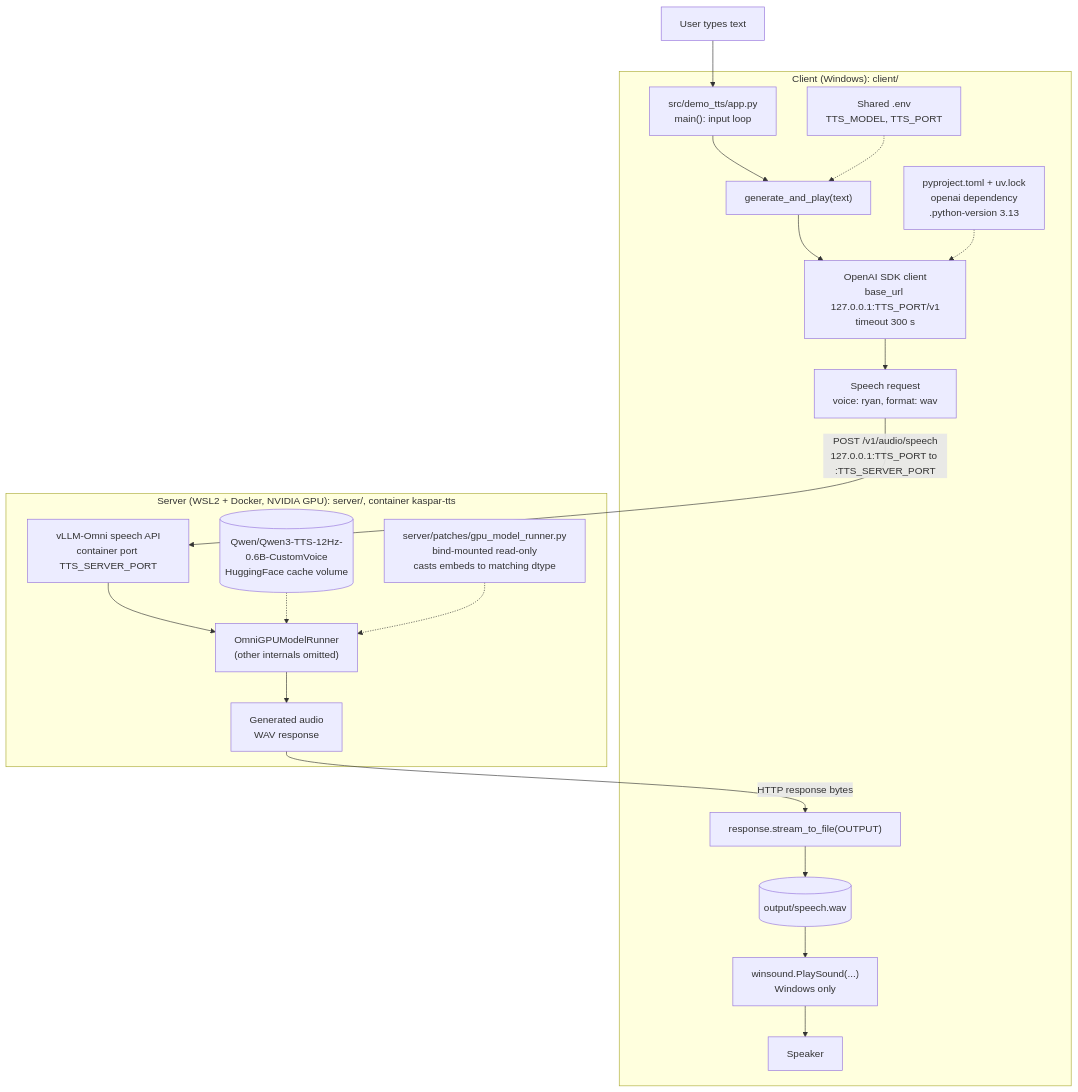
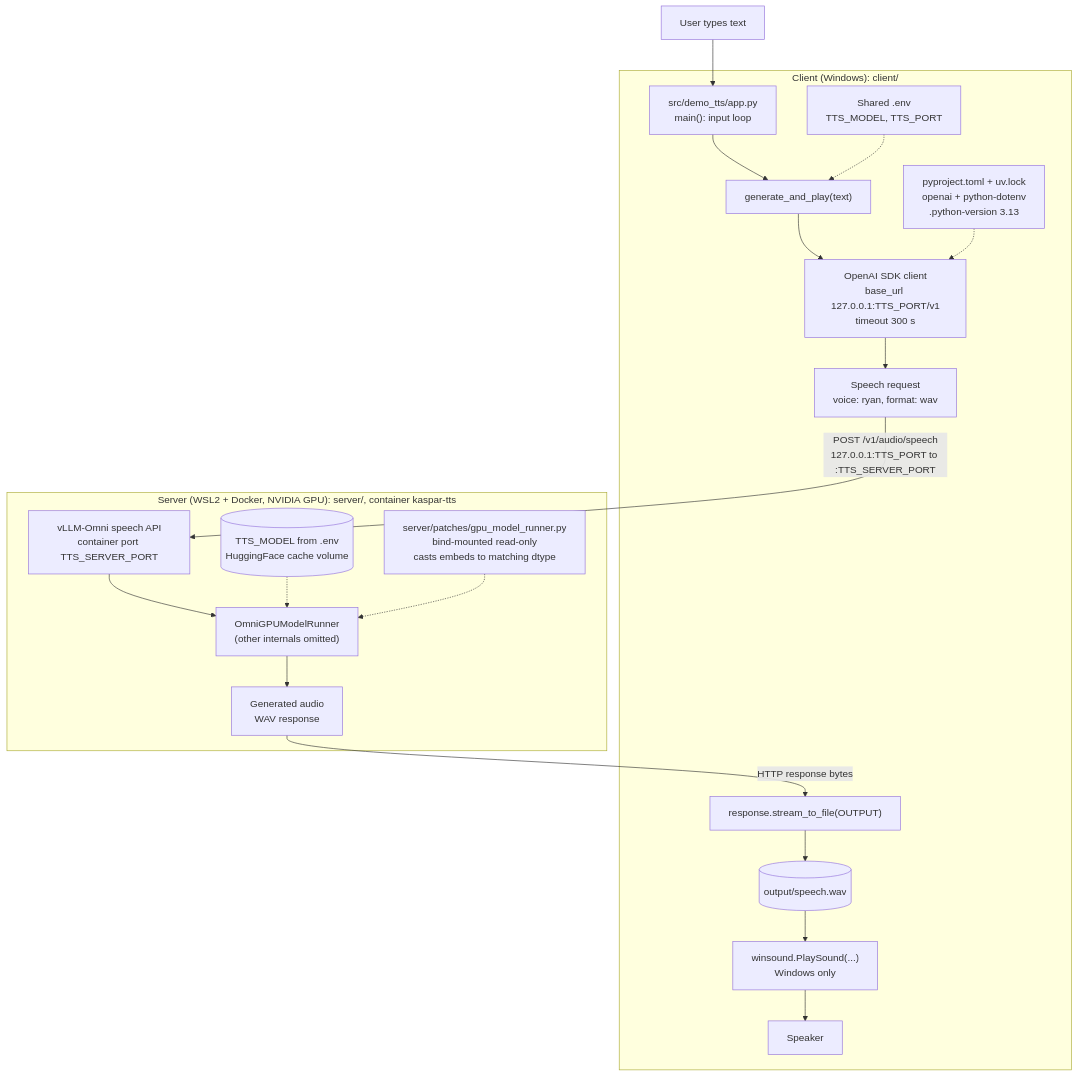
Before and after one commit to ImanSoratiAshtiani-Edu/TextToSpeech: the diagram in iman-vllm-omni/README.md, drawn with Mermaid. The commit also changed other lines of this file and 2 other files, not shown here.

Commit message:
docs(tts): clarify shared configuration and server startup instructions

````diff
--- a/iman-vllm-omni/README.md
+++ b/iman-vllm-omni/README.md
@@ -18,40 +18,40 @@
 ```mermaid
 flowchart TB
     USER["User types text"]
 
     subgraph CLIENT["Client (Windows): client/"]
         MAIN["src/demo_tts/app.py<br/>main(): input loop"]
         GEN["generate_and_play(text)"]
         SDK["OpenAI SDK client<br/>base_url 127.0.0.1:TTS_PORT/v1<br/>timeout 300 s"]
         REQ["Speech request<br/>voice: ryan, format: wav"]
         SAVE["response.stream_to_file(OUTPUT)"]
         WAV[("output/speech.wav")]
         PLAY["winsound.PlaySound(...)<br/>Windows only"]
         SPEAKER["Speaker"]
 
         CONFIG["Shared .env<br/>TTS_MODEL, TTS_PORT"]
-        DEPS["pyproject.toml + uv.lock<br/>openai dependency<br/>.python-version 3.13"]
+        DEPS["pyproject.toml + uv.lock<br/>openai + python-dotenv<br/>.python-version 3.13"]
 
         MAIN --> GEN --> SDK --> REQ
         SAVE --> WAV --> PLAY --> SPEAKER
         CONFIG -.-> GEN
         DEPS -.-> SDK
     end
 
     subgraph SERVER["Server (WSL2 + Docker, NVIDIA GPU): server/, container kaspar-tts"]
         API["vLLM-Omni speech API<br/>container port TTS_SERVER_PORT"]
         ENGINE["OmniGPUModelRunner<br/>(other internals omitted)"]
-        MODEL[("Qwen/Qwen3-TTS-12Hz-0.6B-CustomVoice<br/>HuggingFace cache volume")]
+        MODEL[("TTS_MODEL from .env<br/>HuggingFace cache volume")]
         AUDIO["Generated audio<br/>WAV response"]
         PATCH["server/patches/gpu_model_runner.py<br/>bind-mounted read-only<br/>casts embeds to matching dtype"]
 
         API --> ENGINE
         MODEL -.-> ENGINE
         PATCH -.-> ENGINE
         ENGINE --> AUDIO
     end
 
     USER --> MAIN
     REQ -->|"POST /v1/audio/speech<br/>127.0.0.1:TTS_PORT to :TTS_SERVER_PORT"| API
     AUDIO -->|"HTTP response bytes"| SAVE
 ```
````
